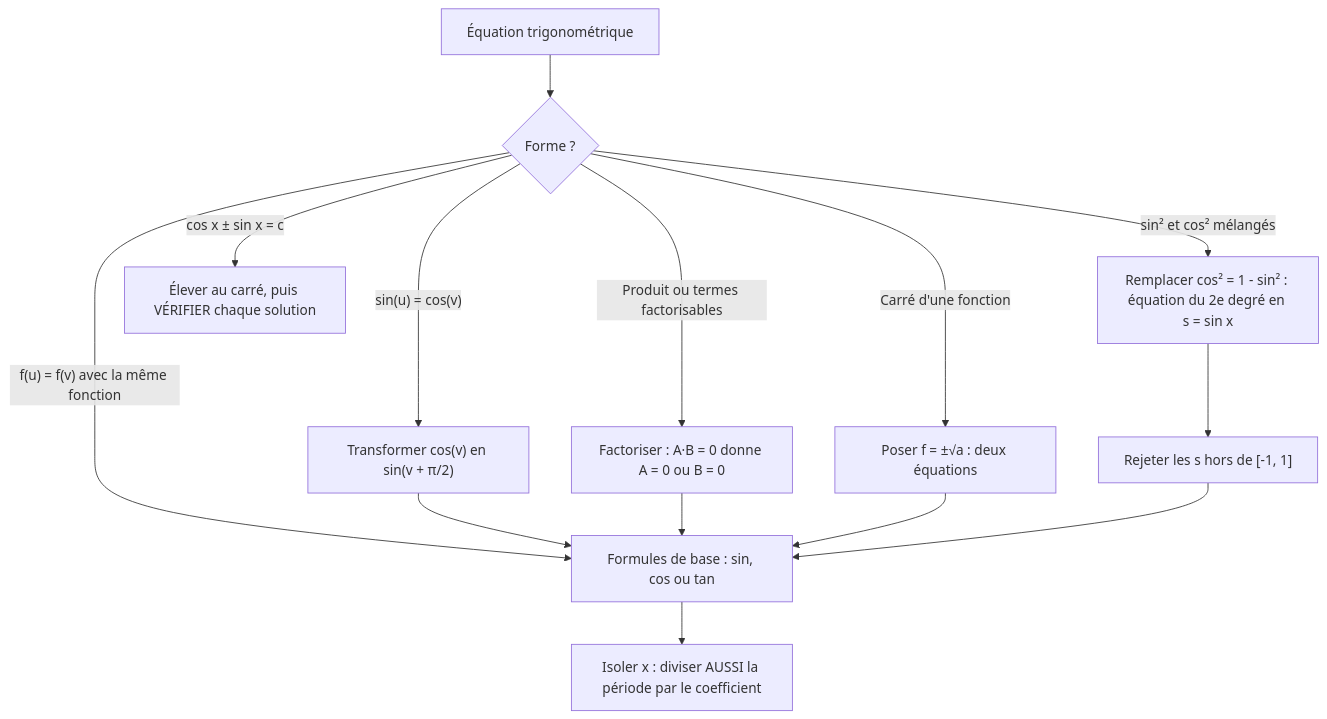
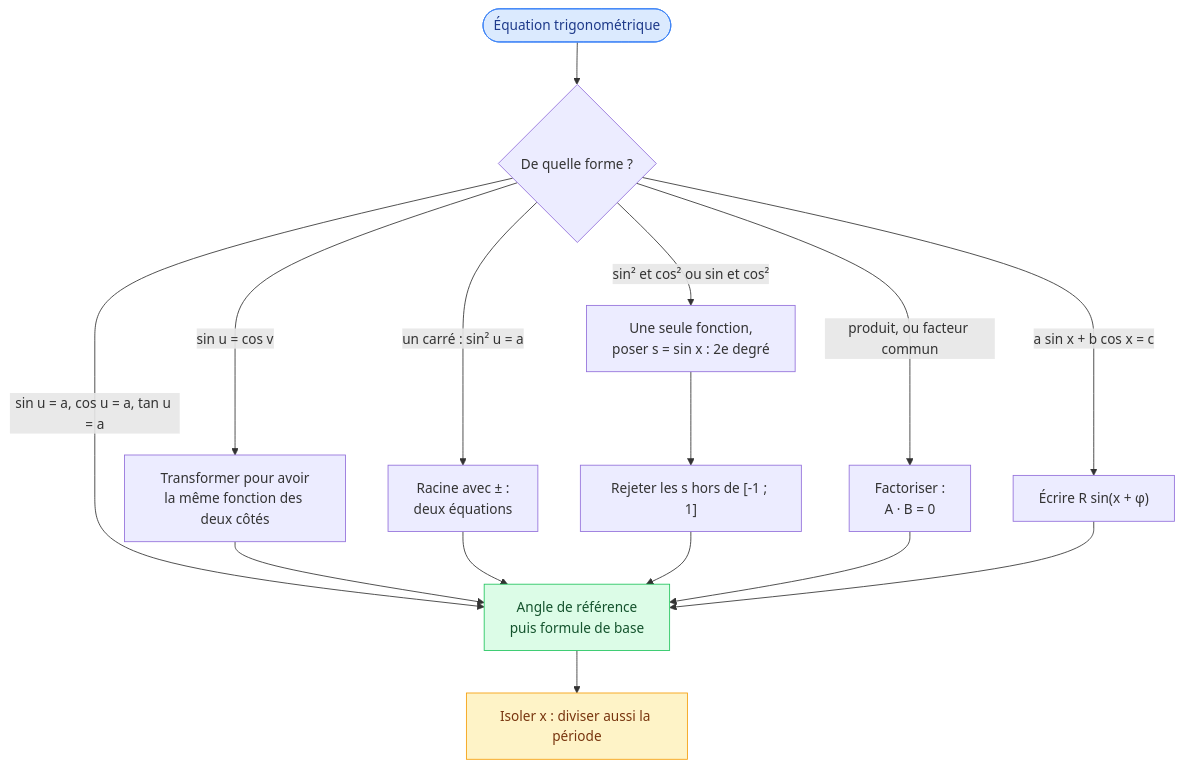
The first of 2 diagrams in maths/algebre/05-equations-trigonometriques.md (GoobyWoobies/HEIA-IT), drawn with Mermaid before and after one commit. The commit also changed other lines of this file and 16 other files, not shown here.

````diff
--- a/maths/algebre/05-equations-trigonometriques.md
+++ b/maths/algebre/05-equations-trigonometriques.md
@@ -61,16 +842,20 @@
 ```mermaid
 flowchart TD
-    A["Équation trigonométrique"] --> B{"Forme ?"}
-    B -- "f(u) = f(v) avec la même fonction" --> C["Formules de base : sin, cos ou tan"]
-    B -- "sin(u) = cos(v)" --> D["Transformer cos(v) en sin(v + π/2)"]
+    A(["Équation trigonométrique"]) --> B{"De quelle forme ?"}
+    B -- "sin u = a, cos u = a, tan u = a" --> C["Angle de référence<br/>puis formule de base"]
+    B -- "sin u = cos v" --> D["Transformer pour avoir<br/>la même fonction des deux côtés"]
+    B -- "un carré : sin² u = a" --> E["Racine avec ± :<br/>deux équations"]
+    B -- "sin² et cos² ou sin et cos²" --> F["Une seule fonction,<br/>poser s = sin x : 2e degré"]
+    B -- "produit, ou facteur commun" --> G["Factoriser :<br/>A · B = 0"]
+    B -- "a sin x + b cos x = c" --> H["Écrire R sin(x + φ)"]
     D --> C
-    B -- "Produit ou termes factorisables" --> E["Factoriser : A·B = 0 donne A = 0 ou B = 0"]
-    B -- "Carré d'une fonction" --> F["Poser f = ±√a : deux équations"]
-    B -- "sin² et cos² mélangés" --> G["Remplacer cos² = 1 - sin² : équation du 2e degré en s = sin x"]
-    B -- "cos x ± sin x = c" --> H["Élever au carré, puis VÉRIFIER chaque solution"]
     E --> C
-    F --> C
-    G --> I["Rejeter les s hors de [-1, 1]"]
-    I --> C
-    C --> J["Isoler x : diviser AUSSI la période par le coefficient"]
+    F --> I["Rejeter les s hors de [-1 ; 1]"] --> C
+    G --> C
+    H --> C
+    C --> J["Isoler x : diviser aussi la période"]
+
+    style A fill:#dbeafe,stroke:#3b82f6,color:#1e3a8a
+    style C fill:#dcfce7,stroke:#22c55e,color:#14532d
+    style J fill:#fef3c7,stroke:#f59e0b,color:#78350f
 ```
````
